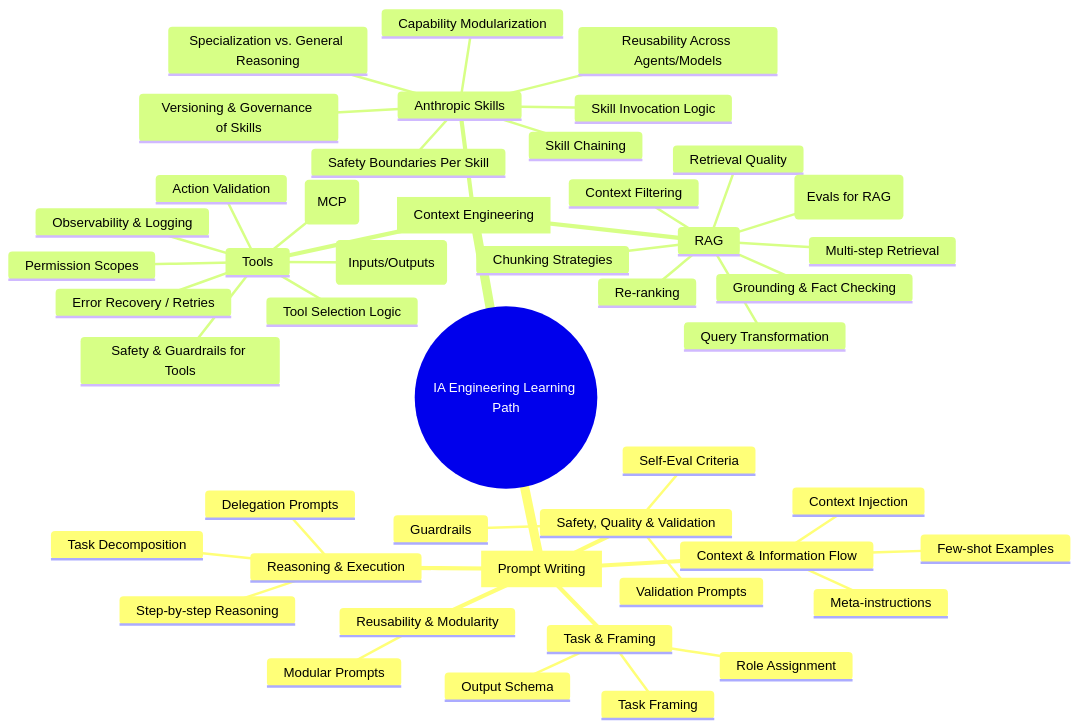
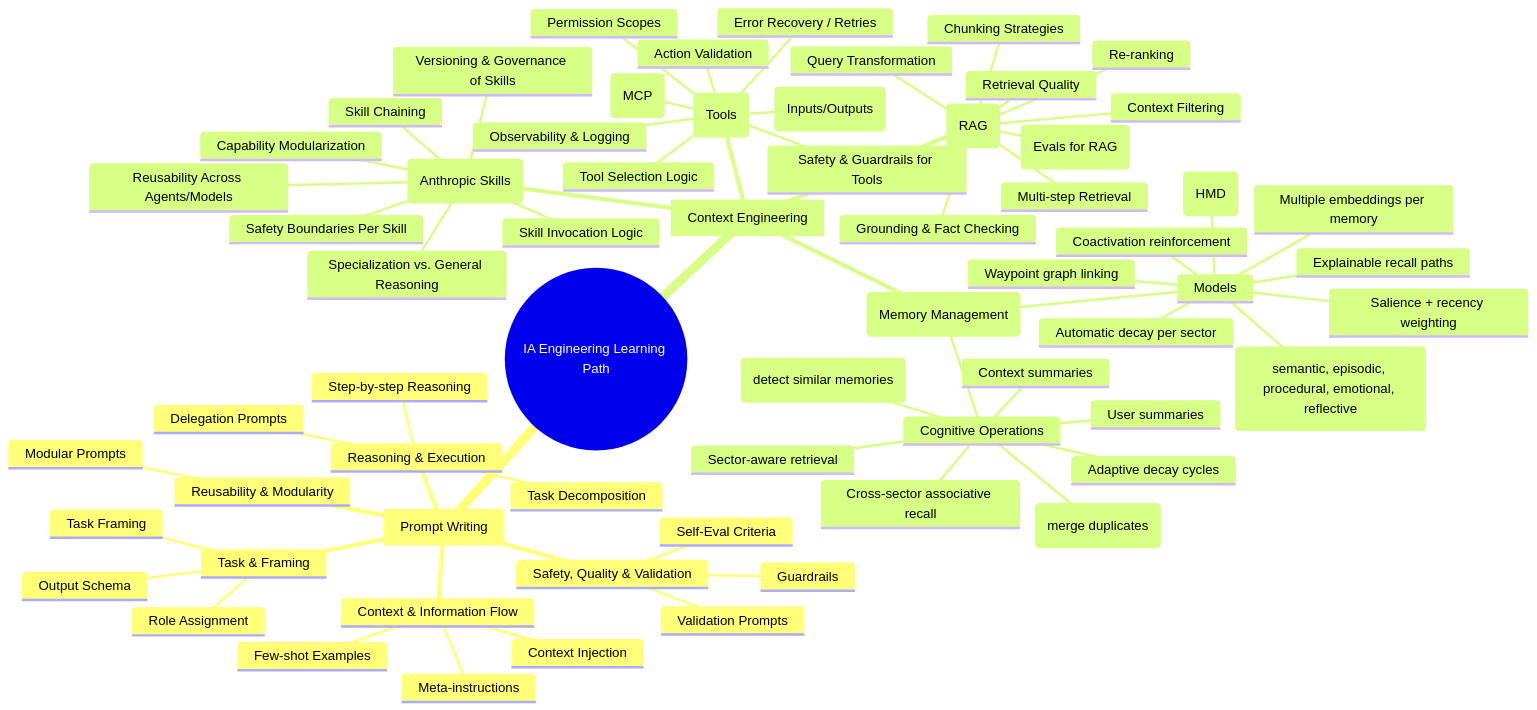
One commit to asiermarques/ai changed the diagram in ai-engineering-lp.md. Above: the diagram before and after it, drawn with Mermaid.

````diff
--- a/ai-engineering-lp.md
+++ b/ai-engineering-lp.md
@@ -3,61 +3,81 @@
 ```mermaid
 mindmap
   root((IA Engineering Learning Path))
 
     [Prompt Writing]
 
       Task & Framing
         Task Framing
         Role Assignment
         Output Schema
   
       Context & Information Flow
         Context Injection
         Few-shot Examples
         Meta-instructions
   
       Reasoning & Execution
         Step-by-step Reasoning
         Task Decomposition
         Delegation Prompts
   
       Safety, Quality & Validation
         Guardrails
         Validation Prompts
         Self-Eval Criteria
   
       Reusability & Modularity
         Modular Prompts
 
     [Context Engineering]
 
-      RAG
+      (RAG)
         Retrieval Quality
         Chunking Strategies
         Re-ranking
         Context Filtering
         Query Transformation
         Grounding & Fact Checking
         Multi-step Retrieval
         Evaluation (Evals for RAG)
   
-      Tools
+      (Tools)
         Model Context Protocol (MCP)
         Tool Schemas (Inputs/Outputs)
         Permission Scopes
         Tool Selection Logic
         Action Validation
         Observability & Logging
         Error Recovery / Retries
         Safety & Guardrails for Tools
   
-      Anthropic Skills
+      (Anthropic Skills)
         Capability Modularization
         Skill Invocation Logic
         Skill Chaining
         Specialization vs. General Reasoning
         Reusability Across Agents/Models
         Safety Boundaries Per Skill
         Versioning & Governance of Skills
+
+
+      (Memory Management)
+        Models
+          Multi‑sector memory (semantic, episodic, procedural, emotional, reflective)
+          Hierarchical Memory Decomposition (HMD)
+          Multiple embeddings per memory
+          Automatic decay per sector
+          Coactivation reinforcement
+          Salience + recency weighting
+          Waypoint graph linking
+          Explainable recall paths
+        Cognitive Operations
+          Pattern clustering (detect similar memories)
+          Memory consolidation (merge duplicates)
+          Context summaries
+          User summaries
+          Sector‑aware retrieval
+          Cross‑sector associative recall
+          Adaptive decay cycles
     
 ```
````
